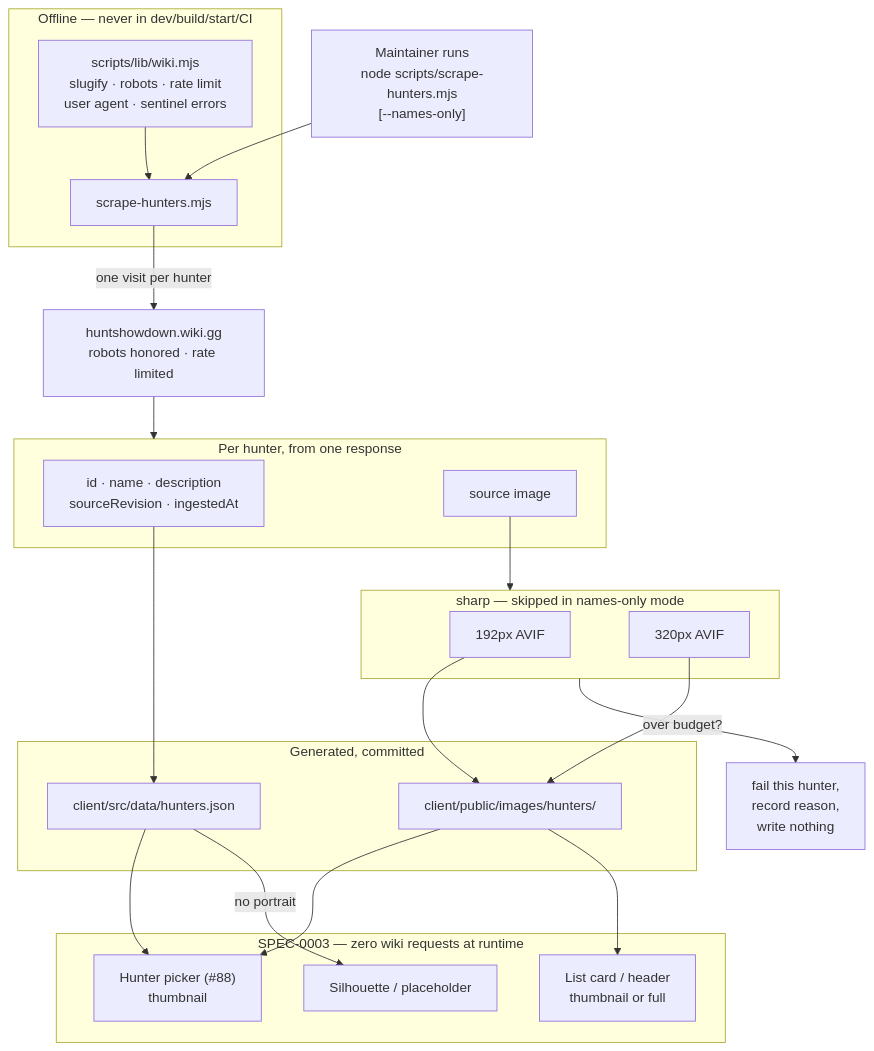
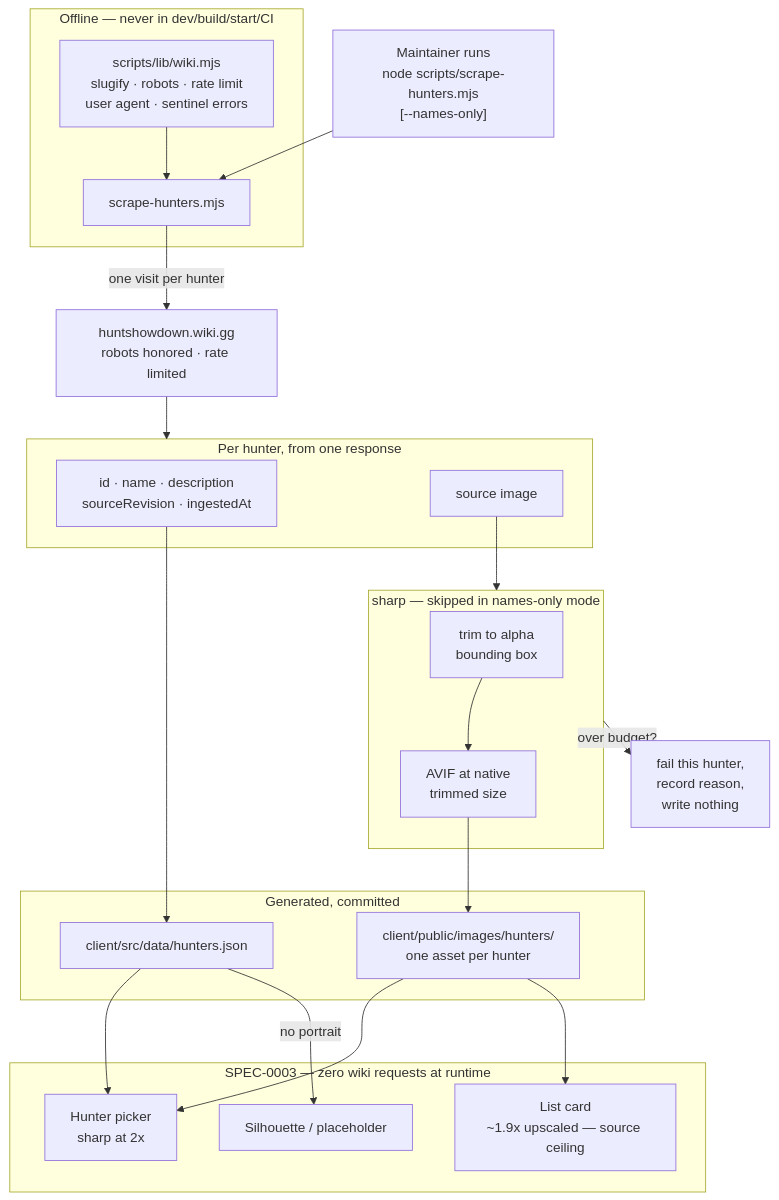
The diagram in docs/openspec/specs/hunter-roster-dataset/design.md (jonstump/the-outfitter), drawn with Mermaid before and after one commit. The commit also changed other lines of this file and 3 other files, not shown here.

````diff
--- a/docs/openspec/specs/hunter-roster-dataset/design.md
+++ b/docs/openspec/specs/hunter-roster-dataset/design.md
@@ -126,49 +176,49 @@
 ```mermaid
 flowchart TD
     DEV["Maintainer runs<br/>node scripts/scrape-hunters.mjs<br/>[--names-only]"]
 
     subgraph offline["Offline — never in dev/build/start/CI"]
         LIB["scripts/lib/wiki.mjs<br/>slugify · robots · rate limit<br/>user agent · sentinel errors"]
         SH["scrape-hunters.mjs"]
         LIB --> SH
     end
 
     WIKI["huntshowdown.wiki.gg<br/>robots honored · rate limited"]
     DEV --> SH
     SH -->|"one visit per hunter"| WIKI
 
     WIKI --> PARSE
 
     subgraph PARSE["Per hunter, from one response"]
         META["id · name · description<br/>sourceRevision · ingestedAt"]
         IMG["source image"]
     end
 
     subgraph PROC["sharp — skipped in names-only mode"]
-        T["192px AVIF"]
-        F["320px AVIF"]
+        TRIM["trim to alpha<br/>bounding box"]
+        ENC["AVIF at native<br/>trimmed size"]
+        TRIM --> ENC
     end
 
     IMG --> PROC
     PROC -->|"over budget?"| REJECT["fail this hunter,<br/>record reason,<br/>write nothing"]
 
     subgraph committed["Generated, committed"]
         JSON["client/src/data/hunters.json"]
-        ASSETS["client/public/images/hunters/"]
+        ASSETS["client/public/images/hunters/<br/>one asset per hunter"]
     end
 
     META --> JSON
-    T --> ASSETS
-    F --> ASSETS
+    ENC --> ASSETS
 
     subgraph consumers["SPEC-0003 — zero wiki requests at runtime"]
-        PICKER["Hunter picker (#88)<br/>thumbnail"]
-        CARD["List card / header<br/>thumbnail or full"]
+        PICKER["Hunter picker<br/>sharp at 2x"]
+        CARD["List card<br/>~1.9x upscaled — source ceiling"]
         PH["Silhouette / placeholder"]
     end
 
     JSON --> PICKER
     ASSETS --> PICKER
     ASSETS --> CARD
     JSON -->|"no portrait"| PH
 ```
````
